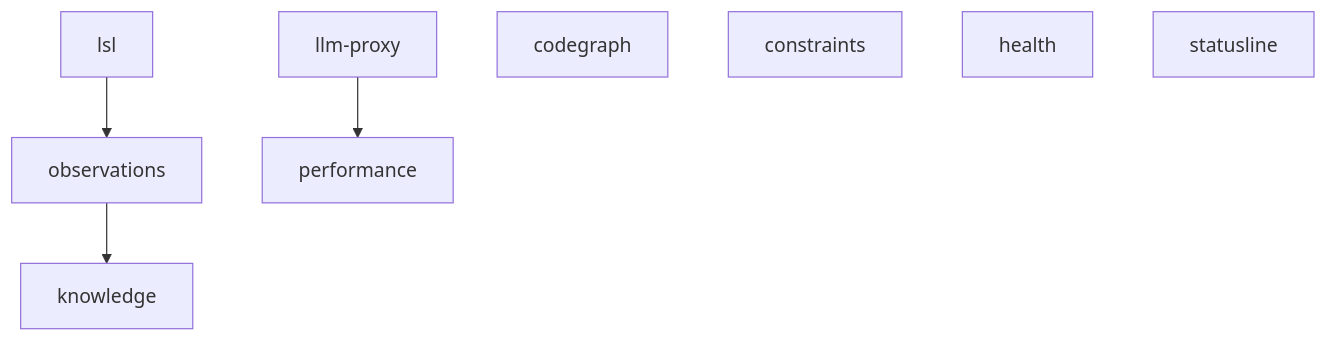
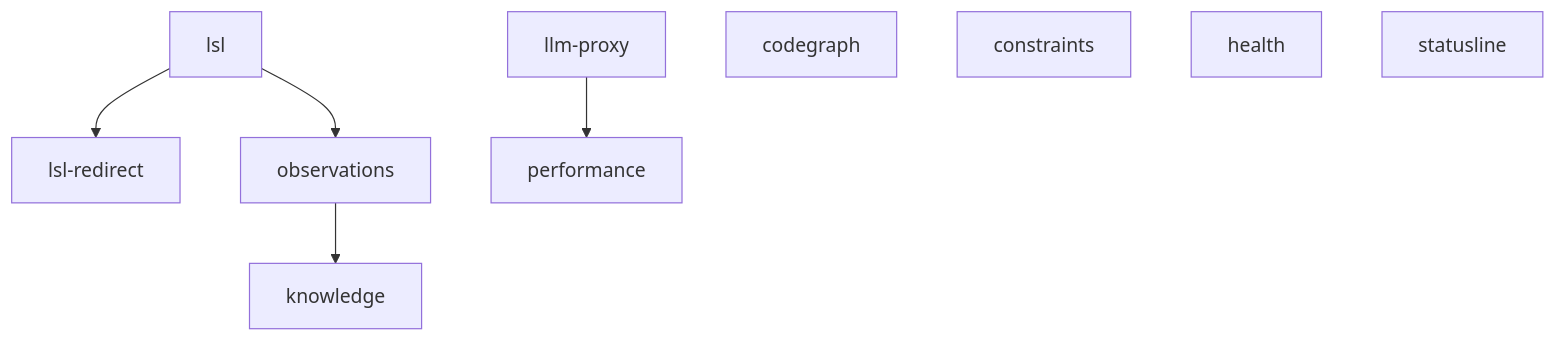
The diagram in docs/architecture/features.md (fwornle/coding), drawn with Mermaid before and after one commit. The commit also changed other lines of this file and 20 other files, not shown here.

````diff
--- a/docs/architecture/features.md
+++ b/docs/architecture/features.md
@@ -36,10 +37,11 @@
 ```mermaid
 graph TD
+    lsl --> lslredirect["lsl-redirect"]
     lsl --> observations
     observations --> knowledge
     llmproxy["llm-proxy"] --> performance
     codegraph
     constraints
     health
     statusline
 ```
````
